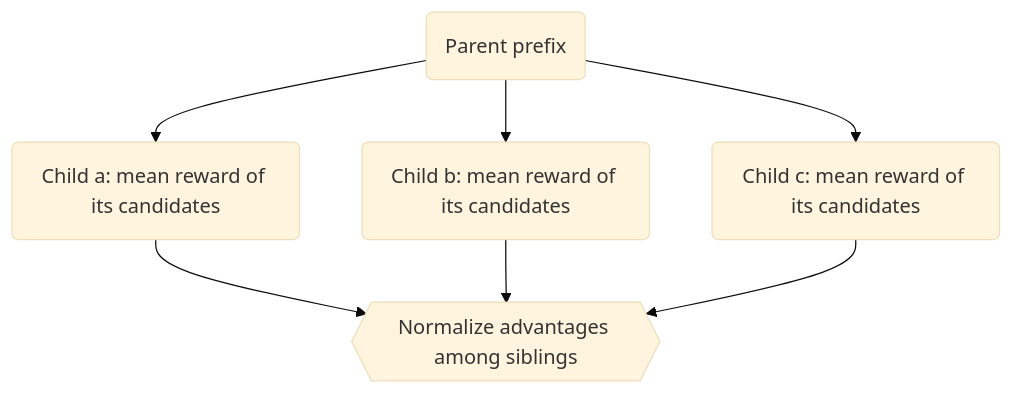
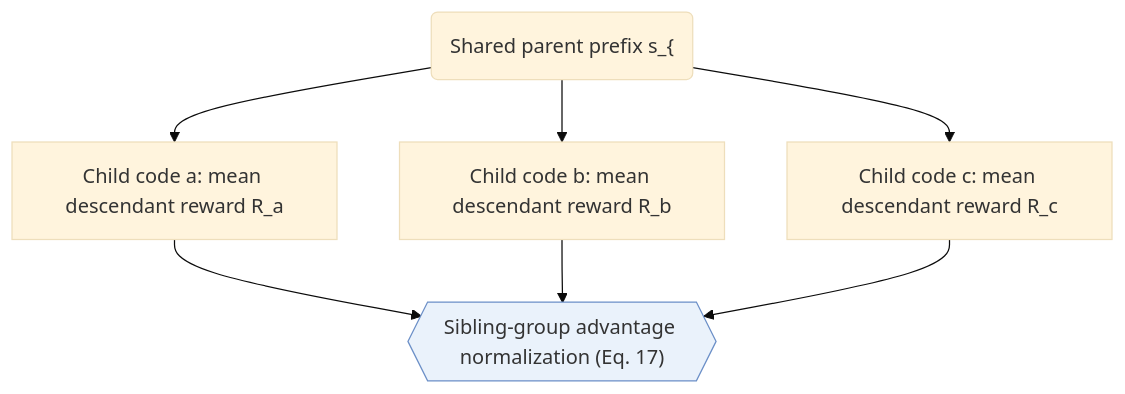
The second of 2 diagrams in notes/v-star.md (Galaxy-ghost/Awesome-SID-Generative-Rec), drawn with Mermaid (base theme) before and after one commit. The commit also changed other lines of this file and 649 other files, not shown here.

Commit message:
writer-05: also tags and modality index (schema, check, build, visuals); summary field removed; calibration data for 12 papers

````diff
--- a/notes/v-star.md
+++ b/notes/v-star.md
@@ -37,9 +48,8 @@
 ```mermaid
 flowchart TD
-    P("Parent prefix") --> A("Child a: mean reward of its candidates")
-    P --> B("Child b: mean reward of its candidates")
-    P --> C("Child c: mean reward of its candidates")
-    A --> N{{"Normalize advantages among siblings"}}
-    B --> N
-    C --> N
+    P("Shared parent prefix s_{<t}") --> A["Child code a: mean descendant reward R_a"]
+    P --> B["Child code b: mean descendant reward R_b"]
+    P --> C["Child code c: mean descendant reward R_c"]
+    A & B & C --> N{{"Sibling-group advantage normalization (Eq. 17)"}}:::key
+    classDef key fill:#eaf2fb,stroke:#6b8fc7
 ```
````
